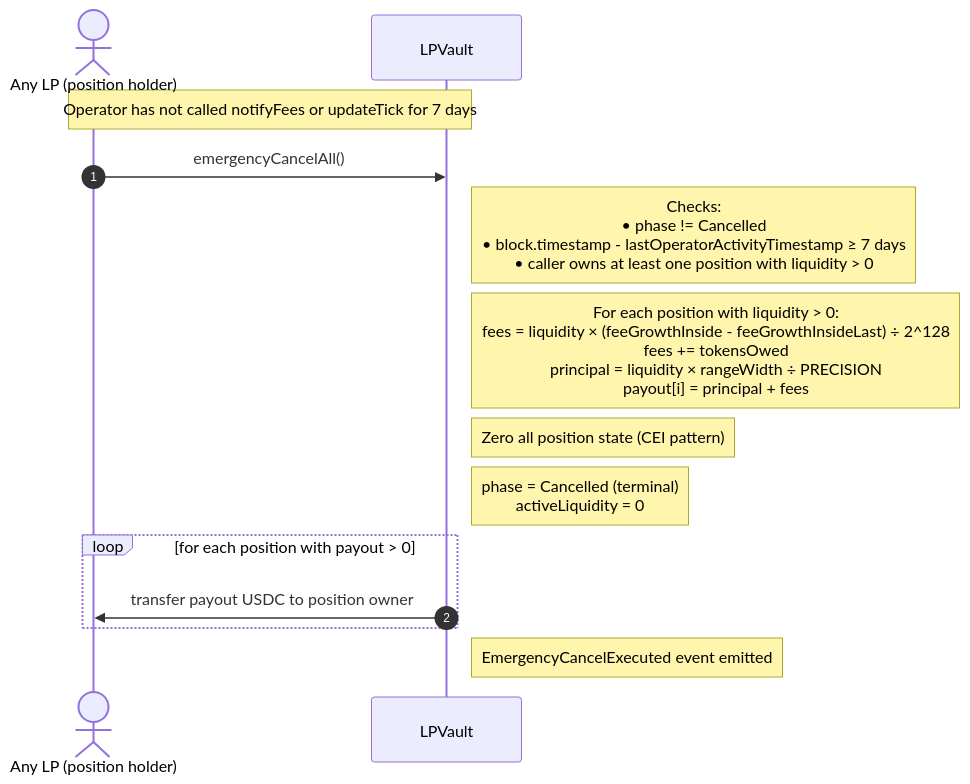
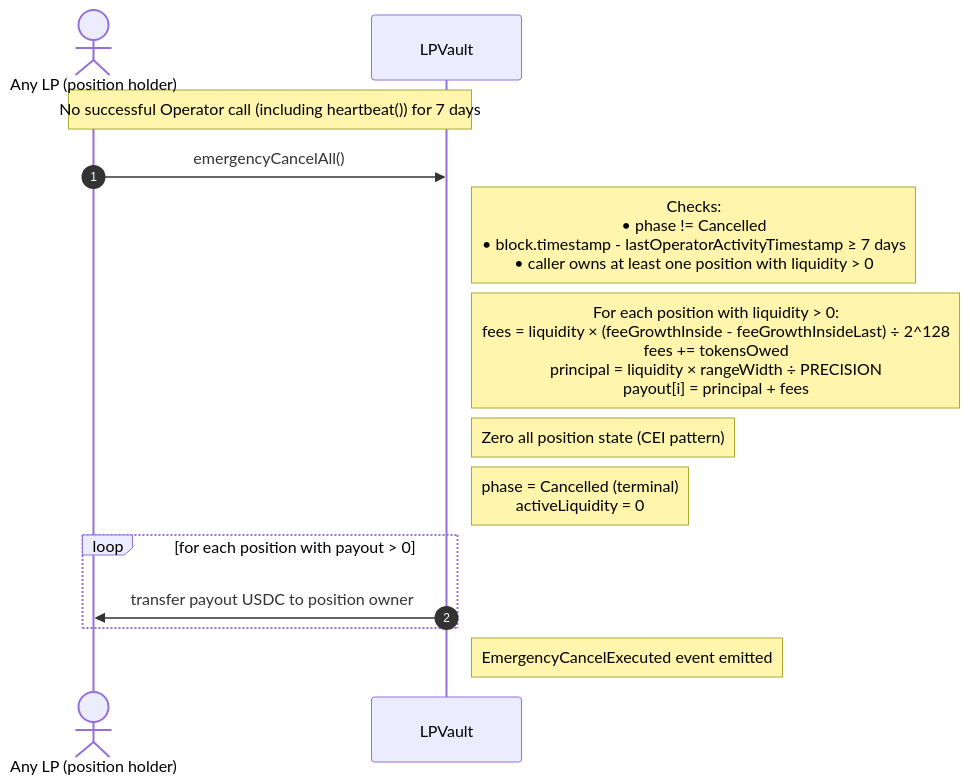
The ninth of 12 diagrams in FLOWS.md (ProphetMarket/lp-vaults), drawn with Mermaid before and after one commit. The commit also changed other lines of this file and 3 other files, not shown here.

First line of the commit message:
chore (vault): Document the heartbeat and update the plan for R3

````diff
--- a/FLOWS.md
+++ b/FLOWS.md
@@ -275,21 +280,21 @@
 ```mermaid
 sequenceDiagram
     autonumber
     actor LP as Any LP (position holder)
     participant Vault as LPVault
 
-    Note over LP,Vault: Operator has not called notifyFees or updateTick for 7 days
+    Note over LP,Vault: No successful Operator call (including heartbeat()) for 7 days
 
     LP->>Vault: emergencyCancelAll()
     Note right of Vault: Checks:<br/>• phase != Cancelled<br/>• block.timestamp - lastOperatorActivityTimestamp ≥ 7 days<br/>• caller owns at least one position with liquidity > 0
 
     Note right of Vault: For each position with liquidity > 0:<br/>  fees = liquidity × (feeGrowthInside - feeGrowthInsideLast) ÷ 2^128<br/>  fees += tokensOwed<br/>  principal = liquidity × rangeWidth ÷ PRECISION<br/>  payout[i] = principal + fees
     Note right of Vault: Zero all position state (CEI pattern)
     Note right of Vault: phase = Cancelled (terminal)<br/>activeLiquidity = 0
 
     loop for each position with payout > 0
         Vault->>LP: transfer payout USDC to position owner
     end
 
     Note right of Vault: EmergencyCancelExecuted event emitted
 ```
````
